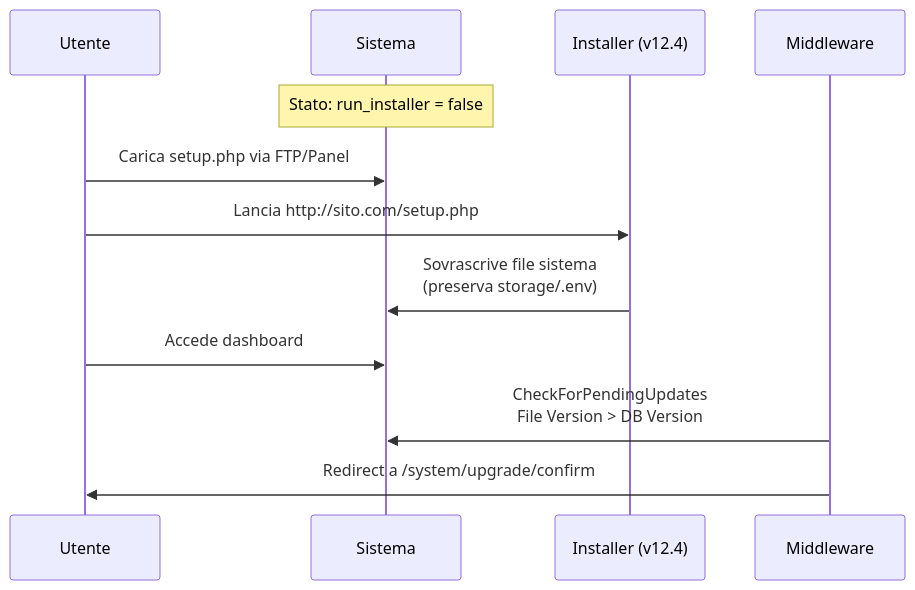
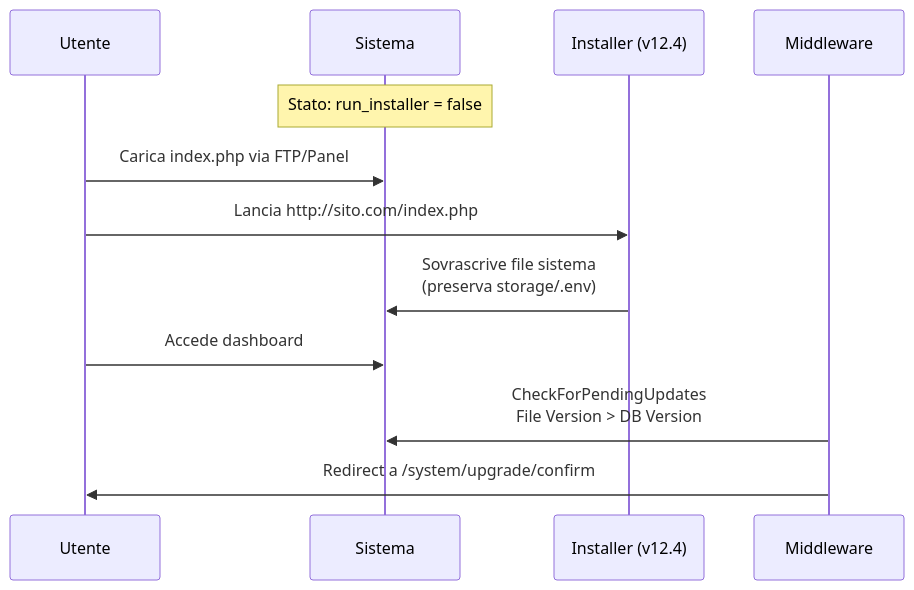
Before and after one commit to vince844/kondomanager-free: the second of 4 diagrams in docs/aggiornamento_universale.md, drawn with Mermaid. The commit also changed other lines of this file and 6 other files, not shown here.

````diff
--- a/docs/aggiornamento_universale.md
+++ b/docs/aggiornamento_universale.md
@@ -82,15 +82,15 @@
 ```mermaid
 sequenceDiagram
     participant U as Utente
     participant S as Sistema
     participant I as Installer (v12.4)
     participant M as Middleware
     
     Note over S: Stato: run_installer = false
-    U->>S: Carica setup.php via FTP/Panel
-    U->>I: Lancia http://sito.com/setup.php
+    U->>S: Carica index.php via FTP/Panel
+    U->>I: Lancia http://sito.com/index.php
     I->>S: Sovrascrive file sistema<br>(preserva storage/.env)
     U->>S: Accede dashboard
     M->>S: CheckForPendingUpdates<br>File Version > DB Version
     M->>U: Redirect a /system/upgrade/confirm
 ```
````
